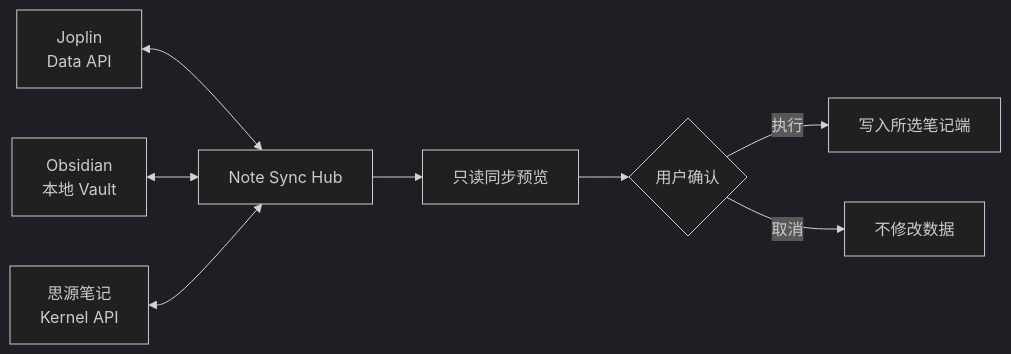
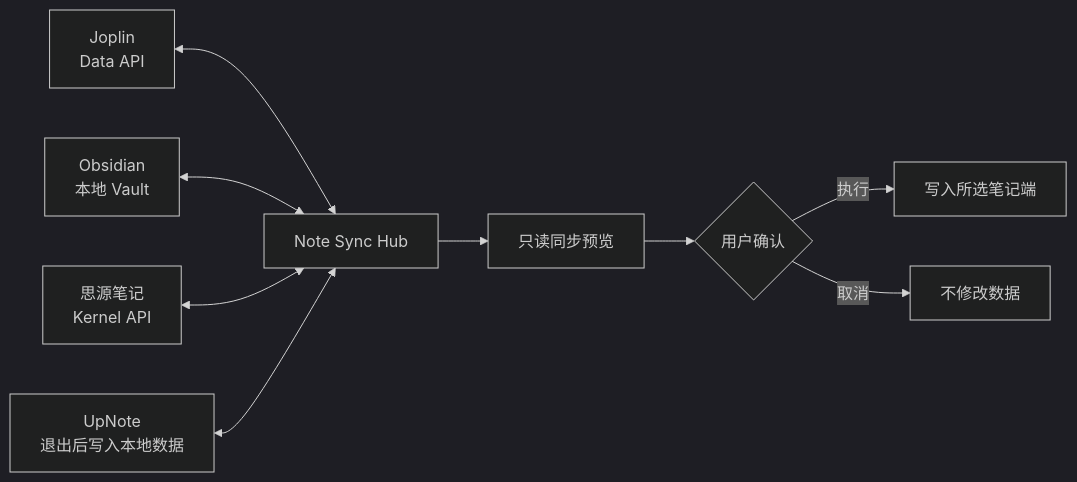
Before and after one commit to xing-skyline/note-sync-hub: the diagram in README.md, drawn with Mermaid (dark theme). The commit also changed other lines of this file and 16 other files, not shown here.

````diff
--- a/README.md
+++ b/README.md
@@ -58,10 +58,11 @@
 ```mermaid
 flowchart LR
     J["Joplin<br>Data API"] <--> H["Note Sync Hub"]
     O["Obsidian<br>本地 Vault"] <--> H
     S["思源笔记<br>Kernel API"] <--> H
+    U["UpNote<br>退出后写入本地数据"] <--> H
     H --> P["只读同步预览"]
     P --> C{"用户确认"}
     C -->|执行| W["写入所选笔记端"]
     C -->|取消| X["不修改数据"]
 ```
````
